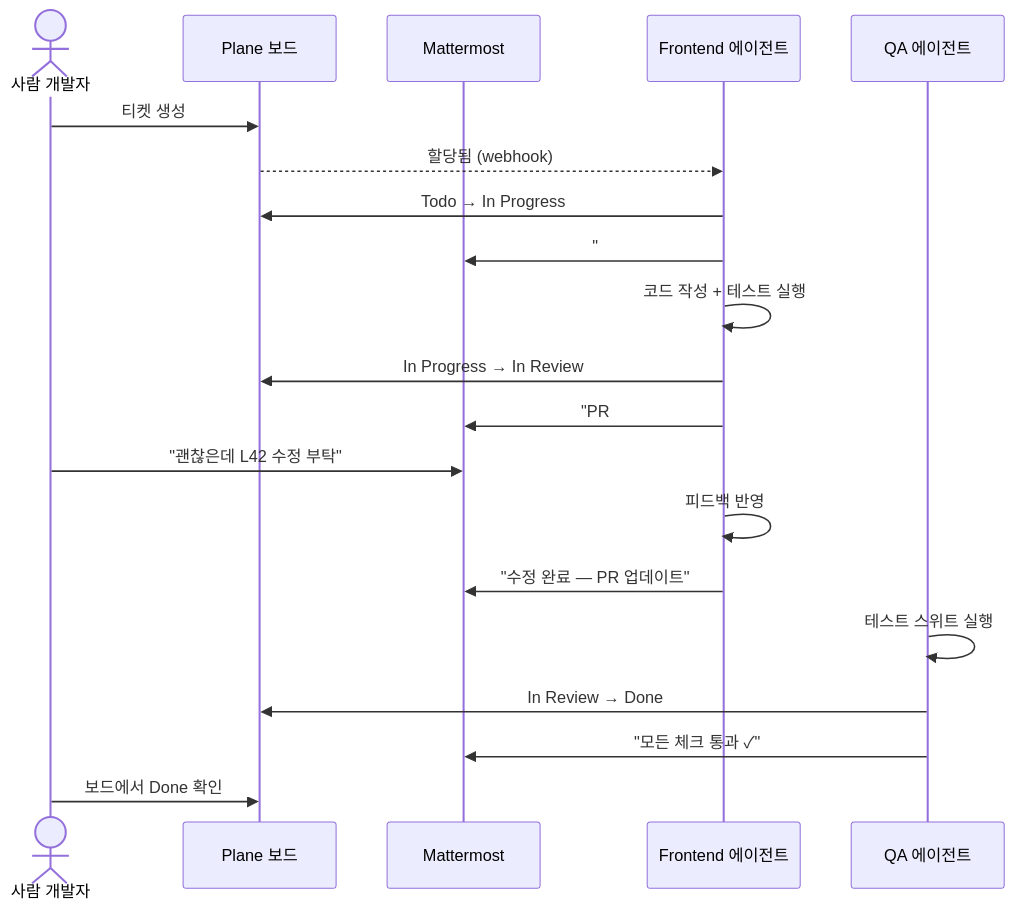
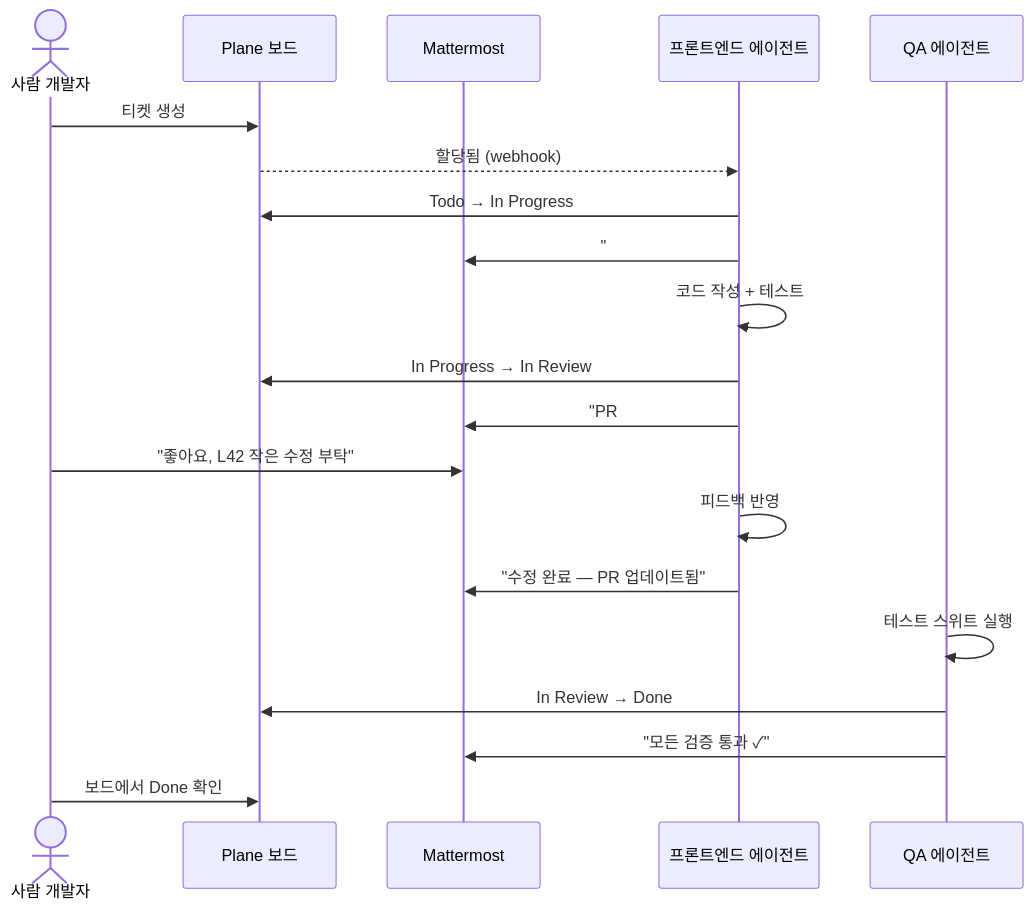
The first of 2 diagrams in README.ko.md (claude-genasis/genasis), drawn with Mermaid before and after one commit. The commit also changed other lines of this file and 2 other files, not shown here.

````diff
--- a/README.ko.md
+++ b/README.ko.md
@@ -108,23 +74,23 @@
 ```mermaid
 sequenceDiagram
     actor Human as 사람 개발자
     participant Plane as Plane 보드
     participant MM as Mattermost
-    participant FE as Frontend 에이전트
+    participant FE as 프론트엔드 에이전트
     participant QA as QA 에이전트
 
     Human->>Plane: 티켓 생성
     Plane-->>FE: 할당됨 (webhook)
     FE->>Plane: Todo → In Progress
     FE->>MM: "#142 작업 시작합니다"
-    FE->>FE: 코드 작성 + 테스트 실행
+    FE->>FE: 코드 작성 + 테스트
     FE->>Plane: In Progress → In Review
     FE->>MM: "PR #87 리뷰 부탁드립니다"
-    Human->>MM: "괜찮은데 L42 수정 부탁"
+    Human->>MM: "좋아요, L42 작은 수정 부탁"
     FE->>FE: 피드백 반영
-    FE->>MM: "수정 완료 — PR 업데이트"
+    FE->>MM: "수정 완료 — PR 업데이트됨"
     QA->>QA: 테스트 스위트 실행
     QA->>Plane: In Review → Done
-    QA->>MM: "모든 체크 통과 ✓"
+    QA->>MM: "모든 검증 통과 ✓"
     Human->>Plane: 보드에서 Done 확인
 ```
````
